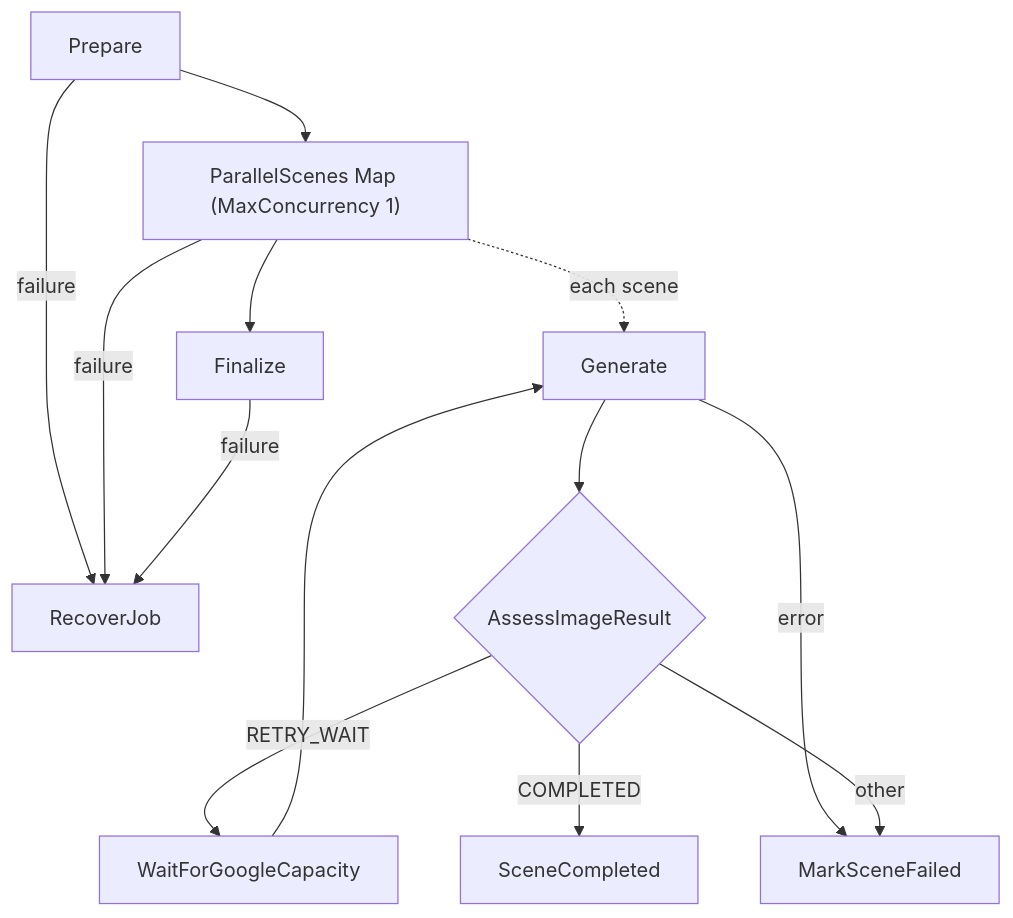
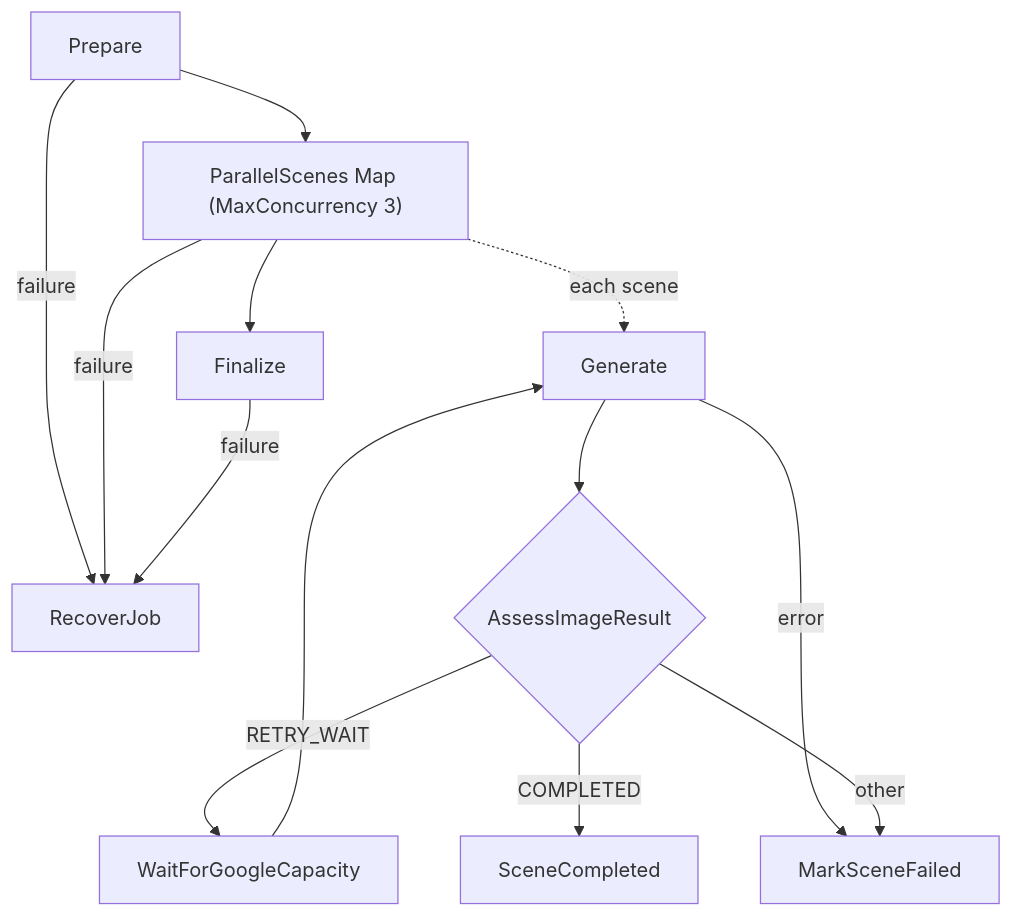
Before and after one commit to rorygleeson/afl-video-platform: the first of 2 diagrams in docs/INFRASTRUCTURE.md, drawn with Mermaid. The commit also changed other lines of this file, not shown here.

Commit message:
docs: align image concurrency with 3-branch Google image workflow

````diff
--- a/docs/INFRASTRUCTURE.md
+++ b/docs/INFRASTRUCTURE.md
@@ -56,15 +56,15 @@
 ```mermaid
 flowchart TD
-  P[Prepare] --> M["ParallelScenes Map (MaxConcurrency 1)"]
+  P[Prepare] --> M["ParallelScenes Map (MaxConcurrency 3)"]
   P -- failure --> R[RecoverJob]
   M --> F[Finalize]
   M -- failure --> R
   F -- failure --> R
   M -. each scene .-> G[Generate]
   G --> C{AssessImageResult}
   G -- error --> X[MarkSceneFailed]
   C -- RETRY_WAIT --> W[WaitForGoogleCapacity]
   W --> G
   C -- COMPLETED --> S[SceneCompleted]
   C -- other --> X
 ```
````
